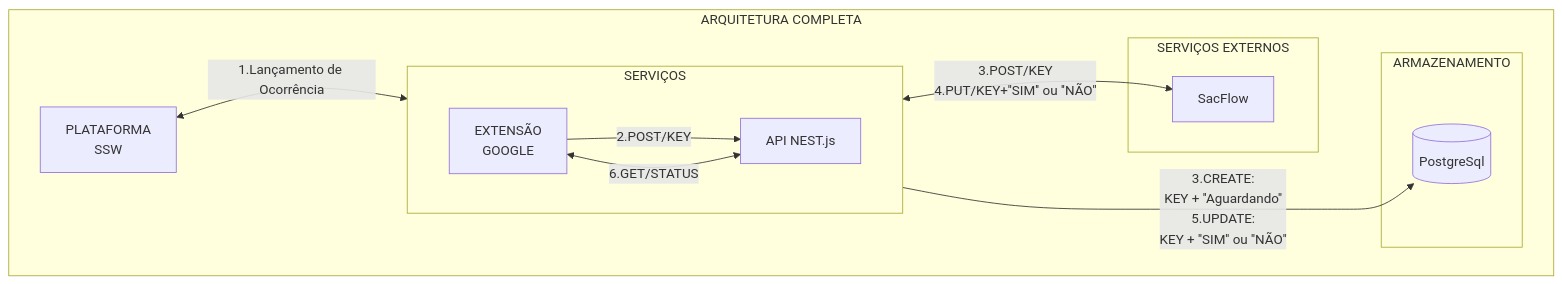
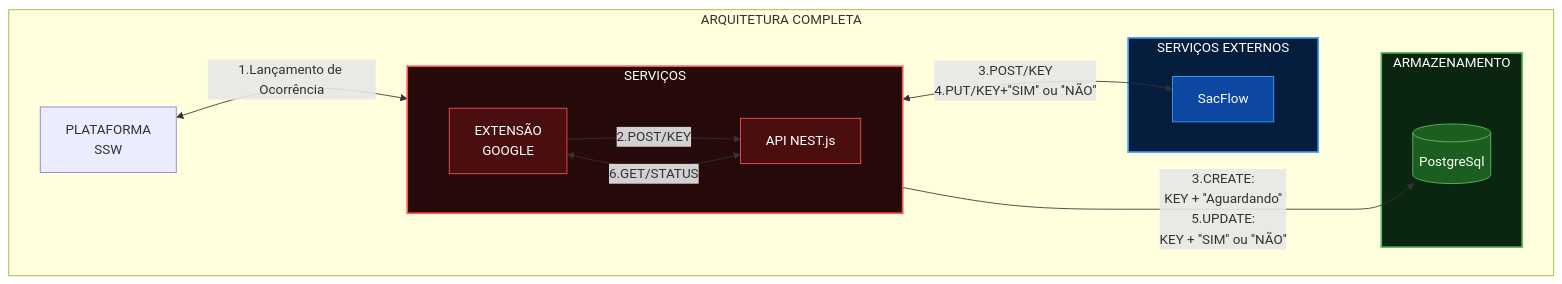
The diagram in README.md (Raphael-HPO/Projeto_ocorrencias_SSW), drawn with Mermaid before and after one commit.

Commit message:
feat: Ajuste de diagrama de arquitetura global

````diff
--- a/README.md
+++ b/README.md
@@ -8,41 +8,47 @@
 ```mermaid
     flowchart
+    classDef app fill:#4a0e0e,stroke:#ff5555,color:#fff
+        style APP fill:#260a0a,stroke:#ff5555,color:#fff,stroke-width:2px
+    classDef amz fill:#1b5e20,stroke:#66bb6a,color:#fff
+        style AMZ fill:#0a2610,stroke:#66bb6a,color:#fff,stroke-width:2px
+    classDef svc fill:#0d47a1,stroke:#42a5f5,color:#fff
+        style SVC fill:#051e3e,stroke:#42a5f5,color:#fff,stroke-width:2px
         direction LR
         subgraph ARQ[ARQUITETURA COMPLETA]
             PLT["`PLATAFORMA
             SSW`"]
 
             subgraph APP[SERVIÇOS]
-                direction RL
-                API[API NEST.js]
+                direction RL:::app
+                API[API NEST.js]:::app
                 EXT["`EXTENSÃO
-                GOOGLE`"]
+                GOOGLE`"]:::app
                 API ~~~ EXT
             end
 
             subgraph SVC[SERVIÇOS EXTERNOS]
-                SCF[SacFlow]
+                SCF[SacFlow]:::svc
             end
 
             subgraph AMZ[ARMAZENAMENTO]
-                DB[(PostgreSql)]
+                DB[(PostgreSql)]:::amz
             end
 
             PLT ~~~ APP ~~~ SVC ~~~ AMZ
 
             PLT <--"`1.Lançamento de Ocorrência`"--> EXT
             
             EXT --"2."POST/KEY--> API
             
             EXT <--"6.GET/STATUS"--> API
             
             API <--"`3.POST/KEY
             4.PUT/KEY+''SIM'' ou ''NÃO''`"--> SCF
             
             API --"`3.CREATE: 
             KEY + ''Aguardando''
             5.UPDATE:
             KEY + ''SIM'' ou ''NÃO''`"--> DB
             
         end
 ```
````
